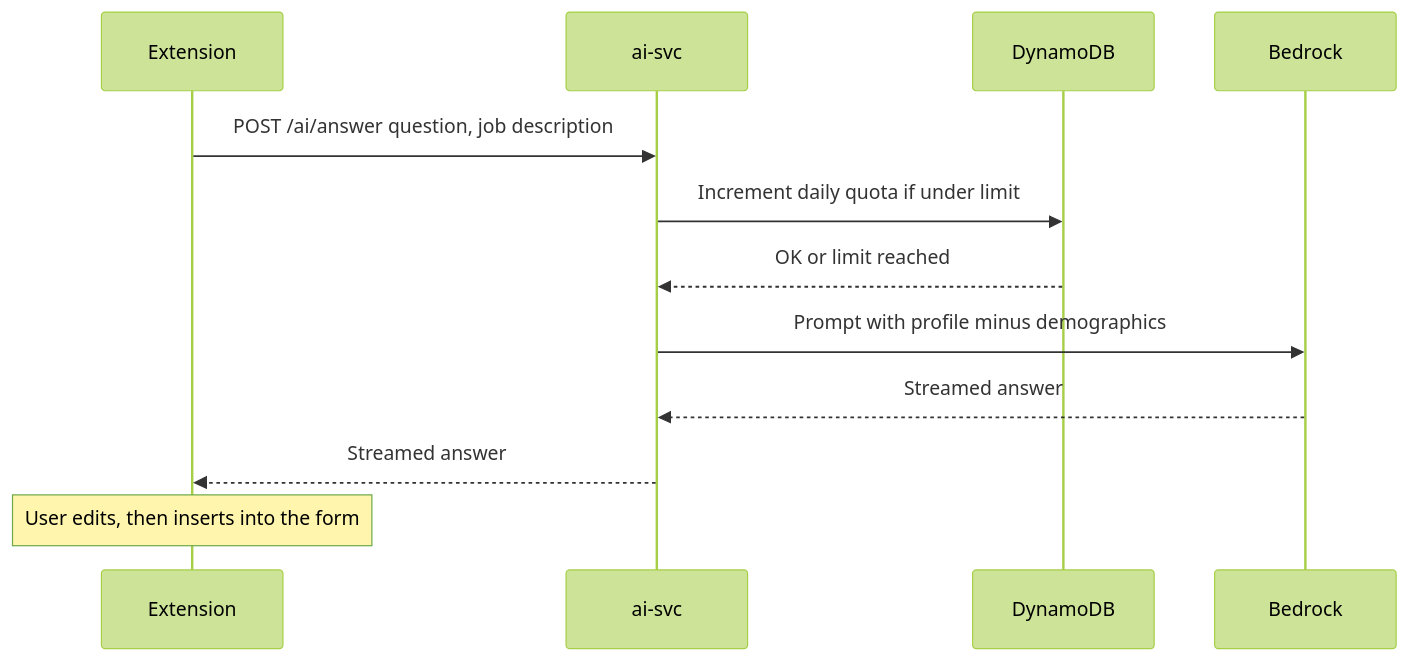
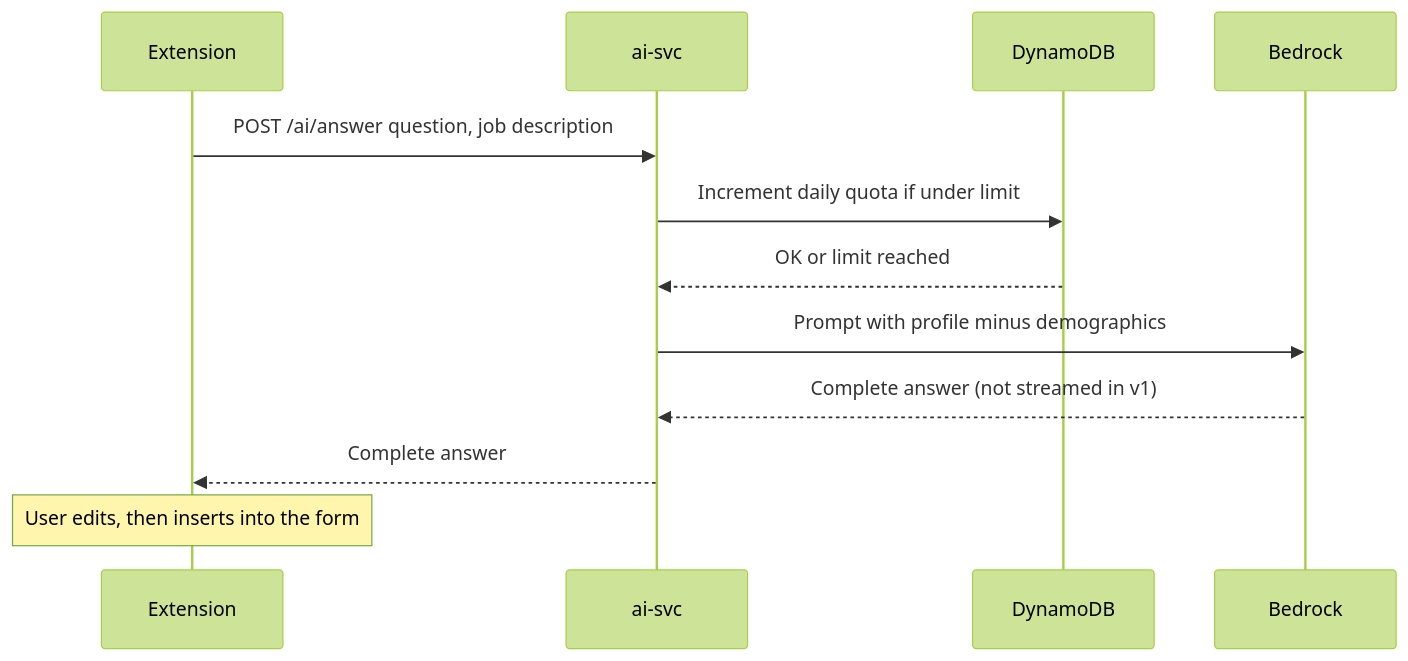
The diagram in plan/Flows/Flow - AI answer.md (N2pium/Workday-Better-Autofill-GCE), drawn with Mermaid (forest theme) before and after one commit. The commit also changed 12 other files, not shown here.

````diff
--- a/plan/Flows/Flow - AI answer.md
+++ b/plan/Flows/Flow - AI answer.md
@@ -12,14 +12,14 @@
 ```mermaid
 sequenceDiagram
     participant X as Extension
     participant I as ai-svc
     participant D as DynamoDB
     participant B as Bedrock
     X->>I: POST /ai/answer question, job description
     I->>D: Increment daily quota if under limit
     D-->>I: OK or limit reached
     I->>B: Prompt with profile minus demographics
-    B-->>I: Streamed answer
-    I-->>X: Streamed answer
+    B-->>I: Complete answer (not streamed in v1)
+    I-->>X: Complete answer
     Note over X: User edits, then inserts into the form
 ```
````
